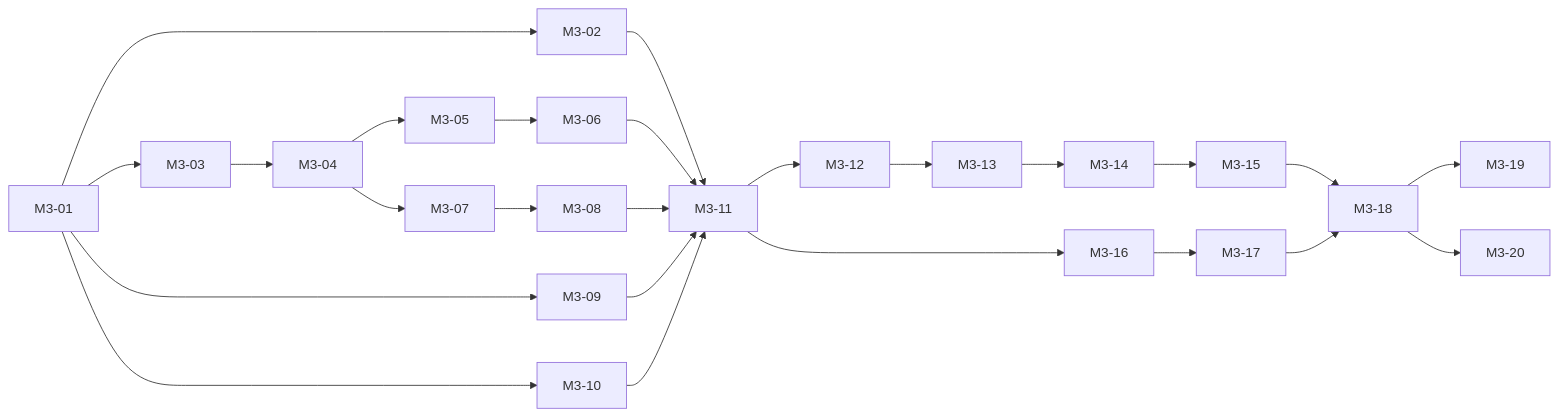
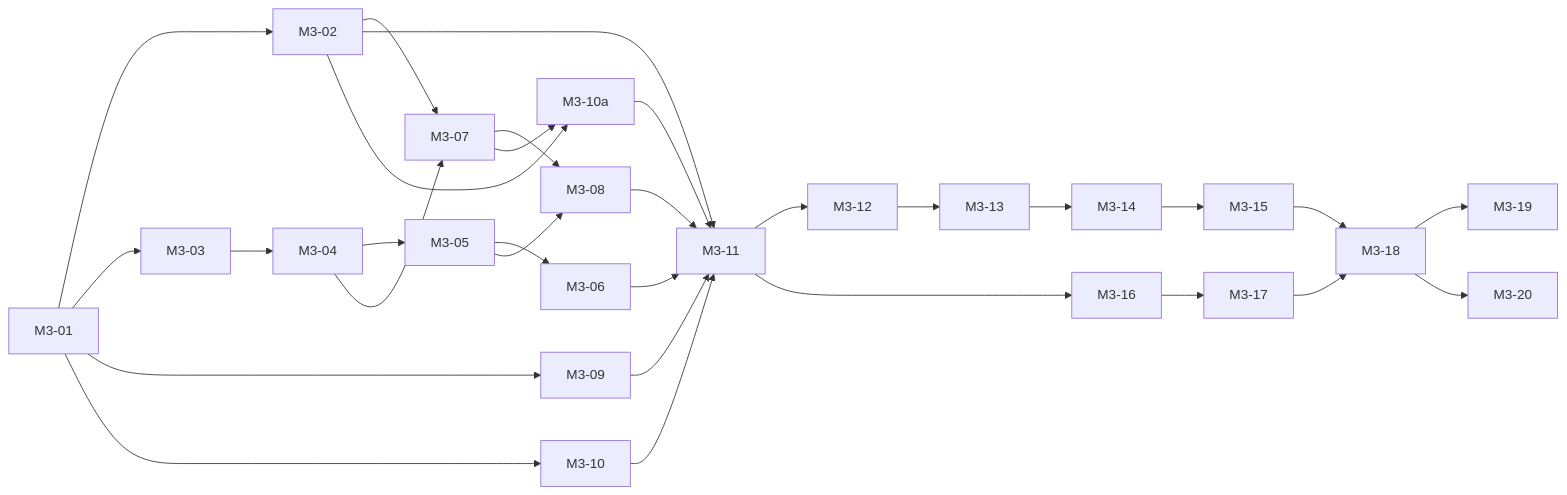
Before and after one commit to felipintoslv/jangada: the diagram in docs/modularizacao-3.0/04-backlog.md, drawn with Mermaid. The commit also changed other lines of this file and 4 other files, not shown here.

````diff
--- a/docs/modularizacao-3.0/04-backlog.md
+++ b/docs/modularizacao-3.0/04-backlog.md
@@ -41,27 +41,32 @@
 ```mermaid
 flowchart LR
   M01["M3-01"] --> M02["M3-02"]
   M01 --> M03["M3-03"]
   M03 --> M04["M3-04"]
   M04 --> M05["M3-05"]
   M05 --> M06["M3-06"]
   M04 --> M07["M3-07"]
+  M02 --> M07
+  M05 --> M08
   M07 --> M08["M3-08"]
   M01 --> M09["M3-09"]
   M01 --> M10["M3-10"]
   M02 --> M11["M3-11"]
   M06 --> M11
   M08 --> M11
   M09 --> M11
   M10 --> M11
+  M02 --> M10a["M3-10a"]
+  M07 --> M10a
+  M10a --> M11
   M11 --> M12["M3-12"]
   M12 --> M13["M3-13"]
   M13 --> M14["M3-14"]
   M14 --> M15["M3-15"]
   M11 --> M16["M3-16"]
   M16 --> M17["M3-17"]
   M15 --> M18["M3-18"]
   M17 --> M18
   M18 --> M19["M3-19"]
   M18 --> M20["M3-20"]
 ```
````
